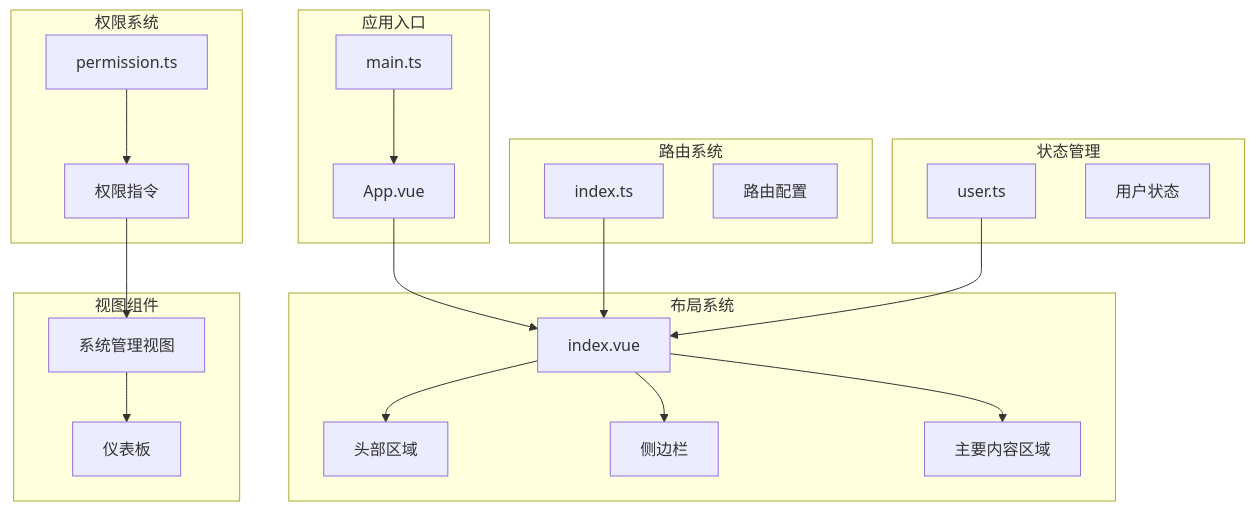
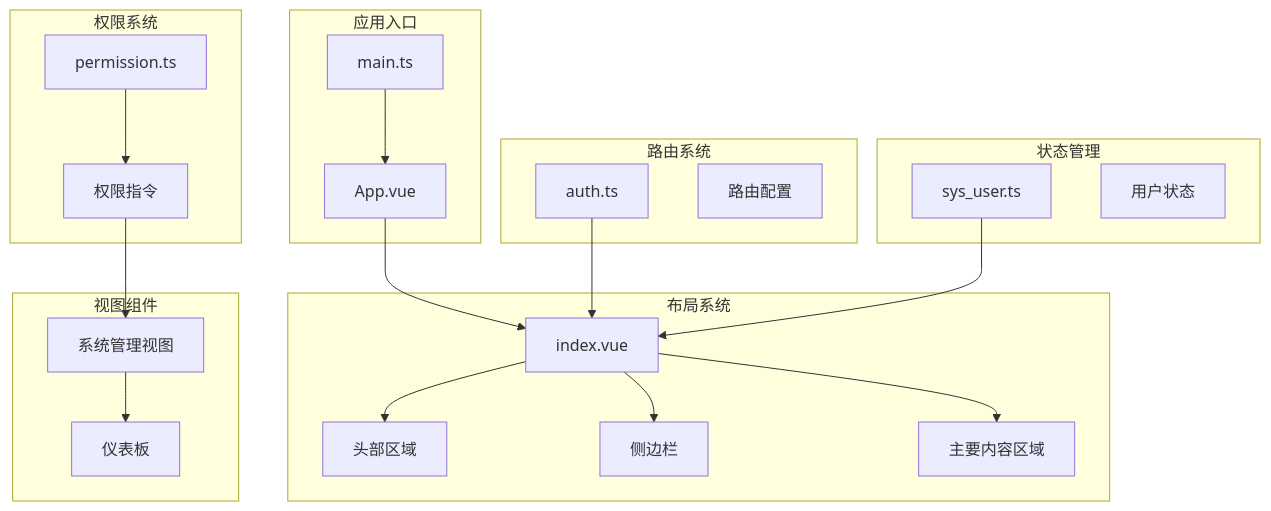
Before and after one commit to qiseyun/vue-ts-admin: the first of 11 diagrams in .qoder/repowiki/zh/content/核心功能模块/布局系统.md, drawn with Mermaid. The commit also changed other lines of this file and 42 other files, not shown here.

````diff
--- a/.qoder/repowiki/zh/content/核心功能模块/布局系统.md
+++ b/.qoder/repowiki/zh/content/核心功能模块/布局系统.md
@@ -46,39 +46,39 @@
 ```mermaid
 graph TB
 subgraph "应用入口"
 Main[main.ts]
 App[App.vue]
 end
 subgraph "布局系统"
 Layout[index.vue]
 Header[头部区域]
 Sidebar[侧边栏]
 MainContent[主要内容区域]
 end
 subgraph "路由系统"
-Router[index.ts]
+Router[auth.ts]
 Routes[路由配置]
 end
 subgraph "状态管理"
-Store[user.ts]
+Store[sys_user.ts]
 UserState[用户状态]
 end
 subgraph "权限系统"
 Permission[permission.ts]
 Directives[权限指令]
 end
 subgraph "视图组件"
 Dashboard[仪表板]
 SystemViews[系统管理视图]
 end
 Main --> App
 App --> Layout
 Layout --> Header
 Layout --> Sidebar
 Layout --> MainContent
 Router --> Layout
 Store --> Layout
 Permission --> Directives
 Directives --> SystemViews
 SystemViews --> Dashboard
 ```
````
